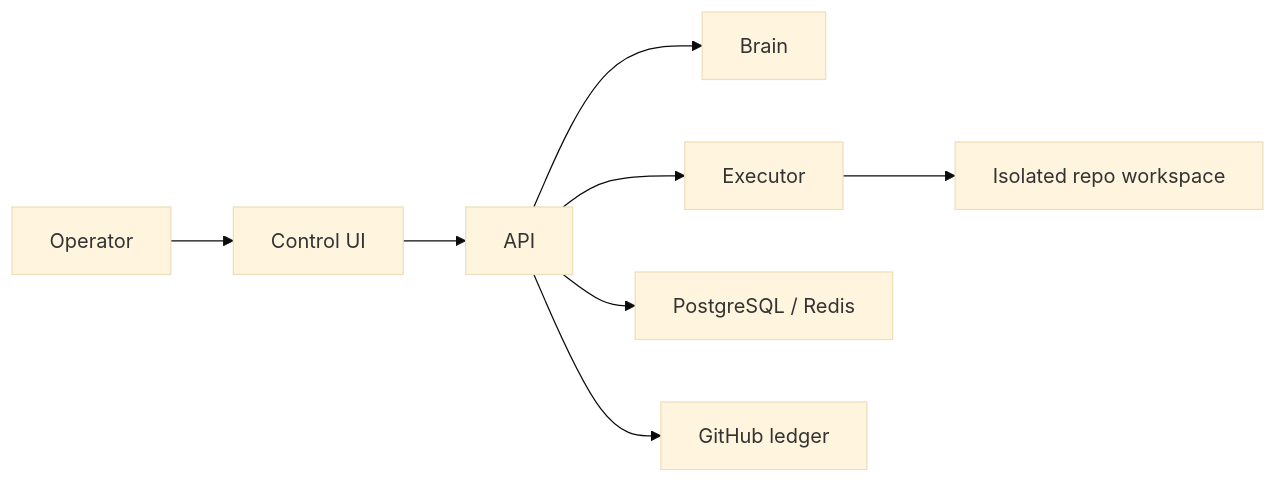
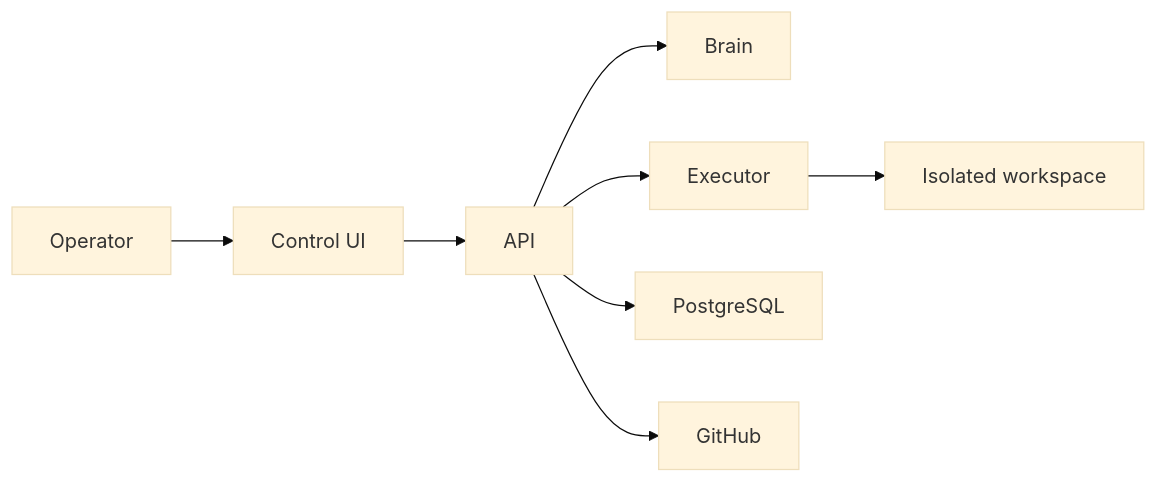
One commit to wan0net/yeet2 changed the diagram in docs/index.md. Above: the diagram before and after it, drawn with Mermaid (base theme). The commit also changed other lines of this file and 4 other files, not shown here.

First line of the commit message:
Rewrite README and docs index with feature tracker and beta roadmap

````diff
--- a/docs/index.md
+++ b/docs/index.md
@@ -25,10 +40,10 @@
 ```mermaid
 flowchart LR
     Operator["Operator"] --> Control["Control UI"]
     Control --> API["API"]
     API --> Brain["Brain"]
     API --> Executor["Executor"]
-    API --> Memory["PostgreSQL / Redis"]
-    Executor --> Repo["Isolated repo workspace"]
-    API --> GitHub["GitHub ledger"]
+    API --> DB["PostgreSQL"]
+    Executor --> Repo["Isolated workspace"]
+    API --> GitHub["GitHub"]
 ```
````
